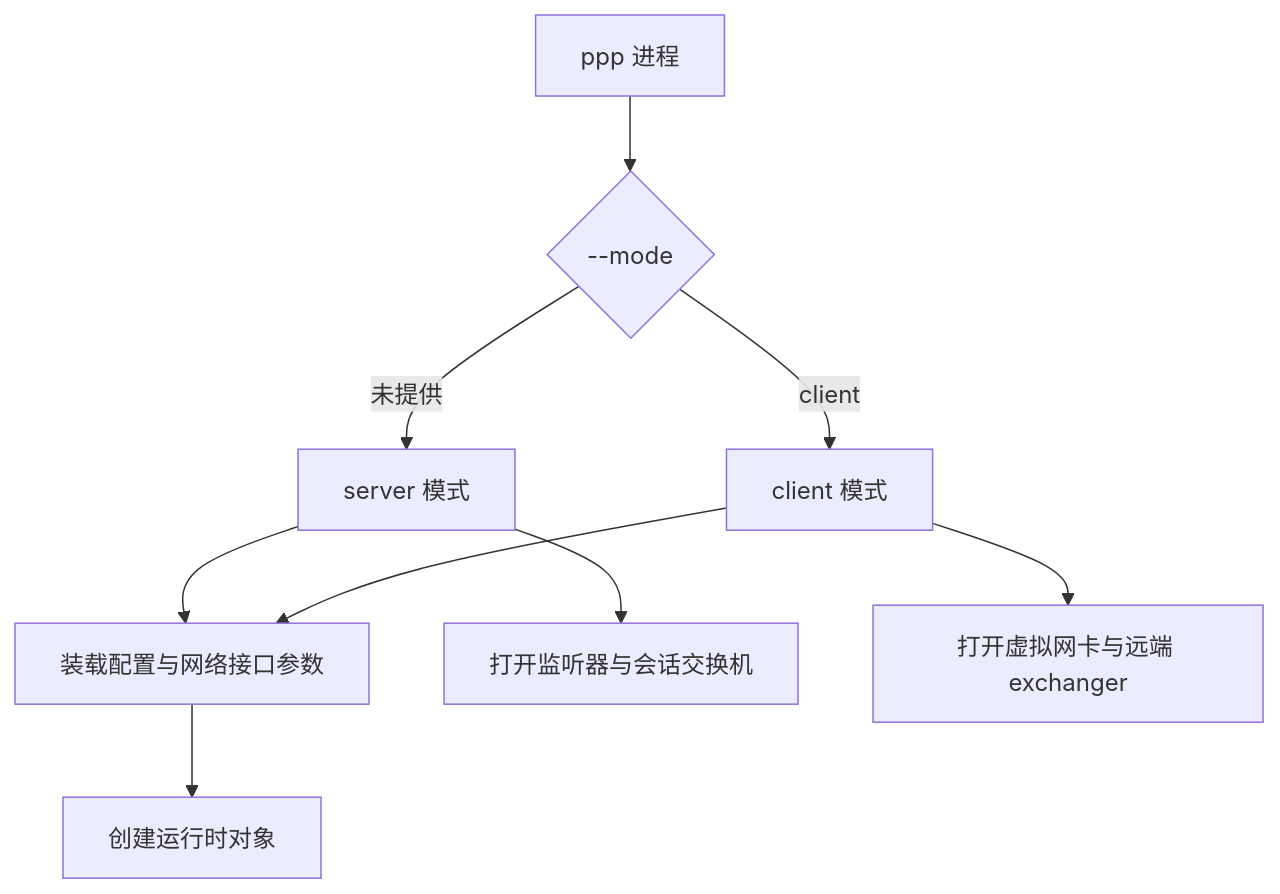
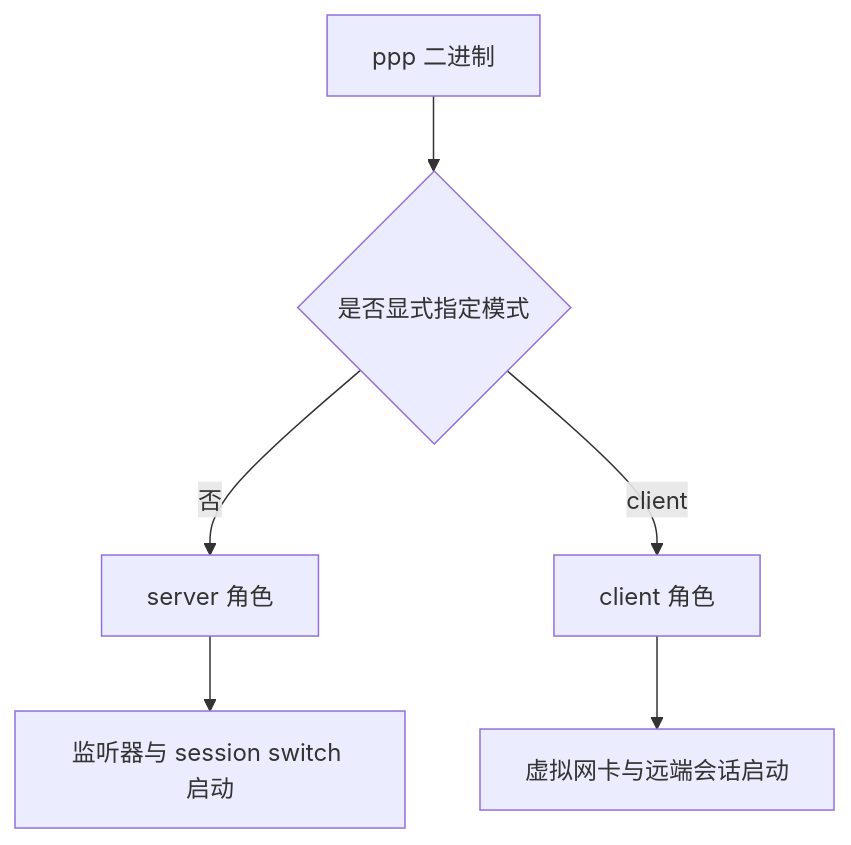
One commit to HyacinthHaru/openppp2 changed the first of 4 diagrams in docs/USER_MANUAL_CN.md. Above: the diagram before and after it, drawn with Mermaid. The commit also changed other lines of this file and 4 other files, not shown here.

````diff
--- a/docs/USER_MANUAL_CN.md
+++ b/docs/USER_MANUAL_CN.md
@@ -20,11 +54,8 @@
 ```mermaid
 flowchart TD
-    A[ppp 进程] --> B{--mode}
-    B -->|未提供| C[server 模式]
-    B -->|client| D[client 模式]
-    C --> E[装载配置与网络接口参数]
-    D --> E
-    E --> F[创建运行时对象]
-    C --> G[打开监听器与会话交换机]
-    D --> H[打开虚拟网卡与远端 exchanger]
+    A[ppp 二进制] --> B{是否显式指定模式}
+    B -->|否| C[server 角色]
+    B -->|client| D[client 角色]
+    C --> E[监听器与 session switch 启动]
+    D --> F[虚拟网卡与远端会话启动]
 ```
````
